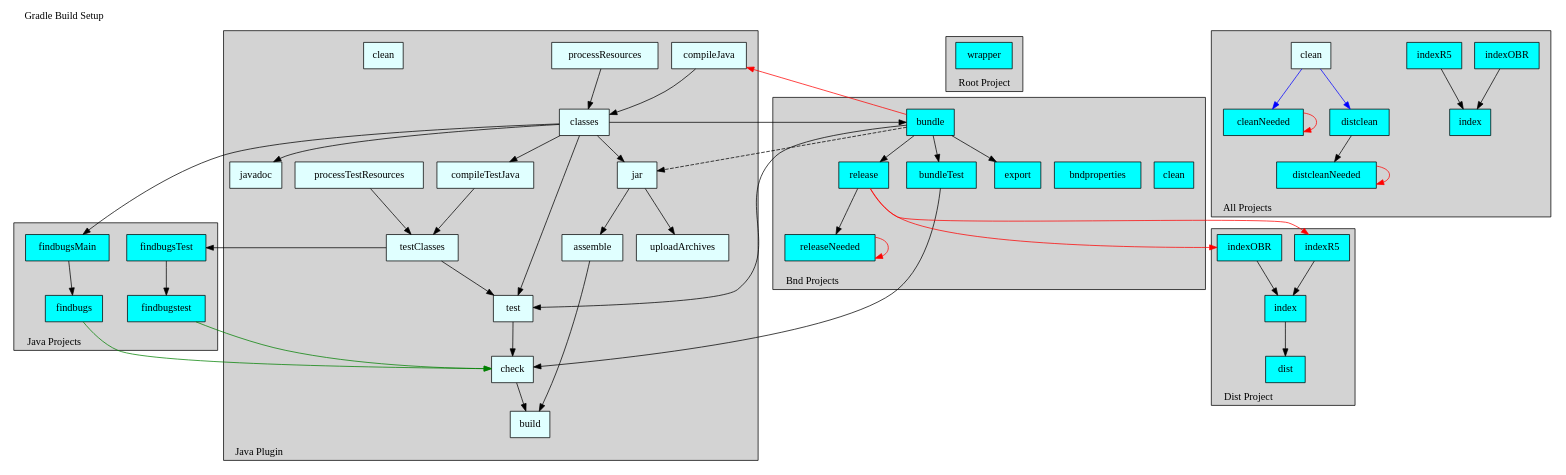
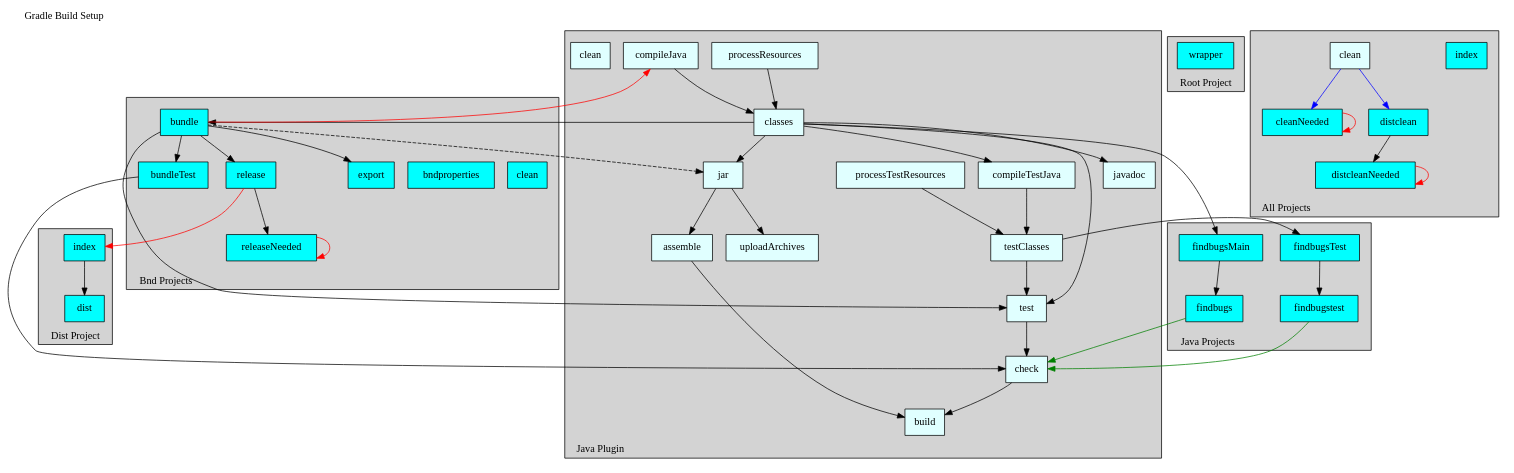
The diagram in cnf/gradle/doc/bnd.dot (bndtools/bnd), drawn with Graphviz before and after one commit. The commit also changed 6 other files, not shown here.

Commit message:
gradle: merge indexOBR and indexR5 tasks into index task

```diff
--- a/cnf/gradle/doc/bnd.dot
+++ b/cnf/gradle/doc/bnd.dot
@@ -165,8 +165,6 @@
     subgraph cluster21 {
       label="";
       style=invis;
-      indexOBR             [shape=box, style=filled, fillcolor=cyan     , label="indexOBR"            ]
-      indexR5              [shape=box, style=filled, fillcolor=cyan     , label="indexR5"             ]
       index                [shape=box, style=filled, fillcolor=cyan     , label="index"               ]
     }
 
@@ -178,9 +176,6 @@
       distclean            [shape=box, style=filled, fillcolor=cyan     , label="distclean"           ]
       distcleanNeeded      [shape=box, style=filled, fillcolor=cyan     , label="distcleanNeeded"     ]
     }
-
-    indexOBR               -> index
-    indexR5                -> index
 
     clean                  -> cleanNeeded        [color=blue  ]
     cleanNeeded            -> cleanNeeded        [color=red   ]
@@ -197,15 +192,10 @@
       fillcolor=lightgrey;
       color=black;
 
-      distIndexOBR           [shape=box, style=filled, fillcolor=cyan, label="indexOBR"]
-      distIndexR5            [shape=box, style=filled, fillcolor=cyan, label="indexR5"]
       distIndex              [shape=box, style=filled, fillcolor=cyan, label="index"]
       distDist               [shape=box, style=filled, fillcolor=cyan, label="dist"]
 
-      release                -> distIndexOBR     [color=red   ]
-      release                -> distIndexR5      [color=red   ]
-      distIndexOBR           -> distIndex
-      distIndexR5            -> distIndex
+      release                -> distIndex        [color=red   ]
       distIndex              -> distDist
     }
 }
```
